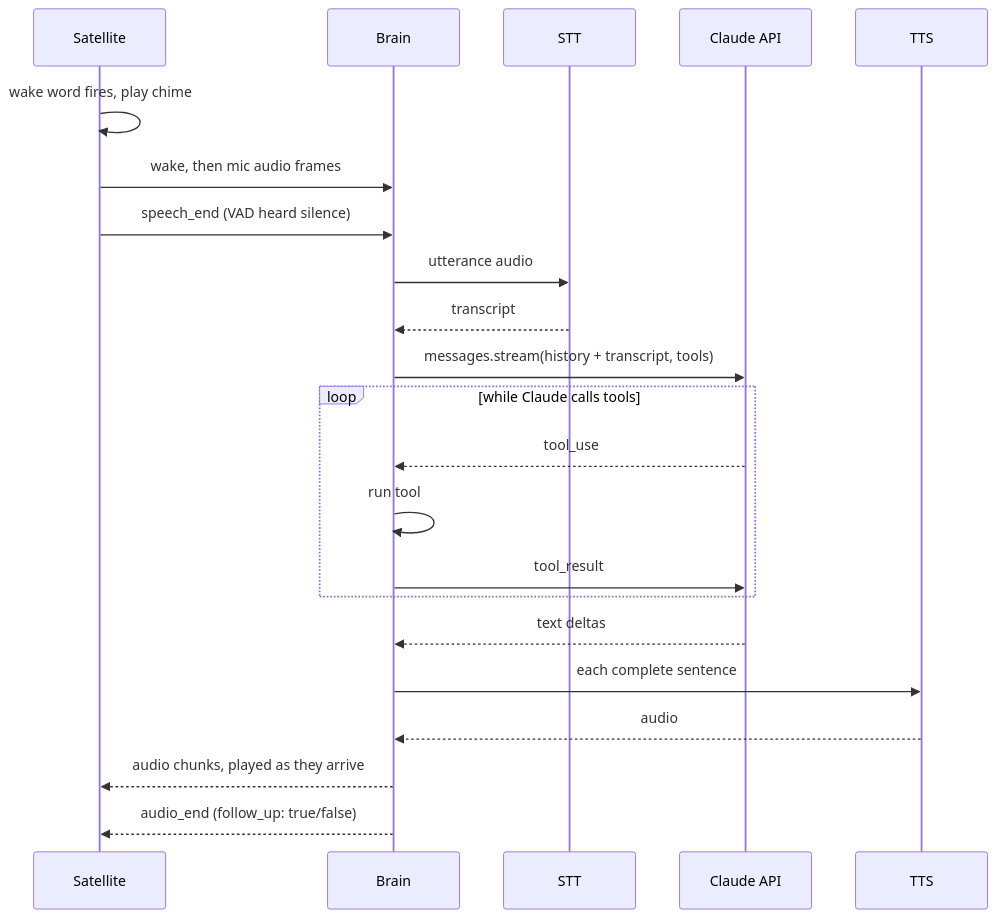
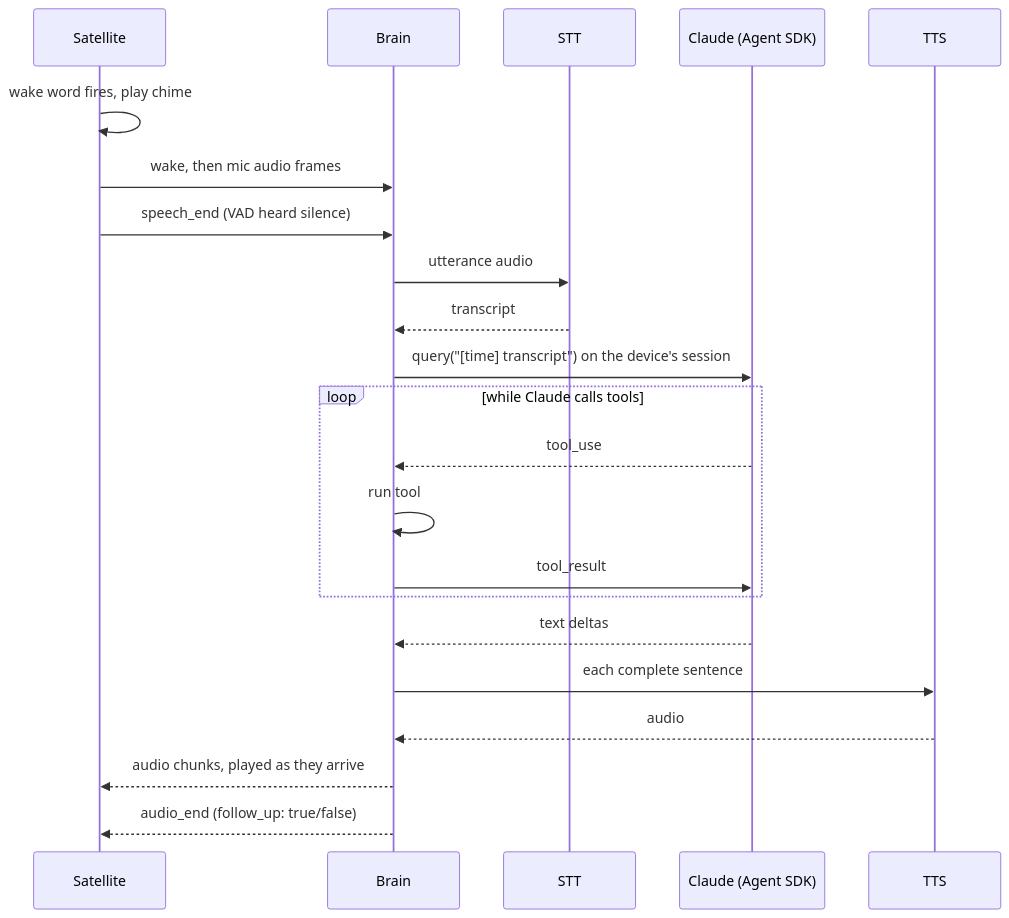
One commit to xanderscannell/claude-home changed the second of 2 diagrams in docs/architecture.md. Above: the diagram before and after it, drawn with Mermaid. The commit also changed other lines of this file and 2 other files, not shown here.

````diff
--- a/docs/architecture.md
+++ b/docs/architecture.md
@@ -79,25 +79,25 @@
 ```mermaid
 sequenceDiagram
   participant S as Satellite
   participant B as Brain
   participant STT
-  participant C as Claude API
+  participant C as Claude (Agent SDK)
   participant T as TTS
 
   S->>S: wake word fires, play chime
   S->>B: wake, then mic audio frames
   S->>B: speech_end (VAD heard silence)
   B->>STT: utterance audio
   STT-->>B: transcript
-  B->>C: messages.stream(history + transcript, tools)
+  B->>C: query("[time] transcript") on the device's session
   loop while Claude calls tools
     C-->>B: tool_use
     B->>B: run tool
     B->>C: tool_result
   end
   C-->>B: text deltas
   B->>T: each complete sentence
   T-->>B: audio
   B-->>S: audio chunks, played as they arrive
   B-->>S: audio_end (follow_up: true/false)
 ```
````
